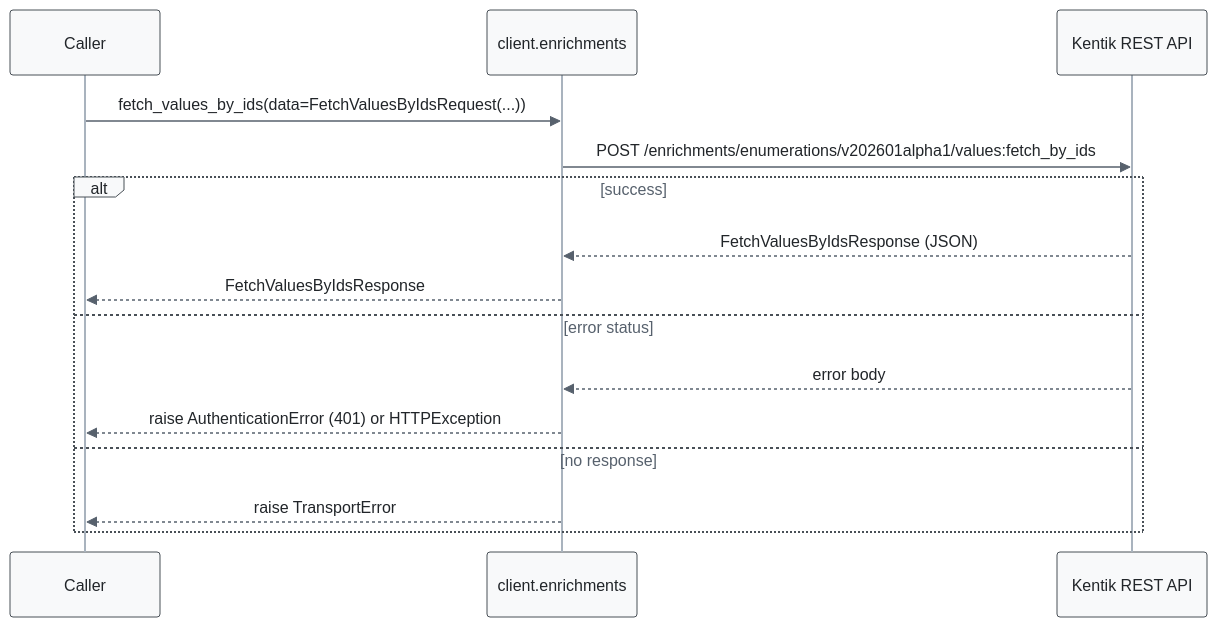
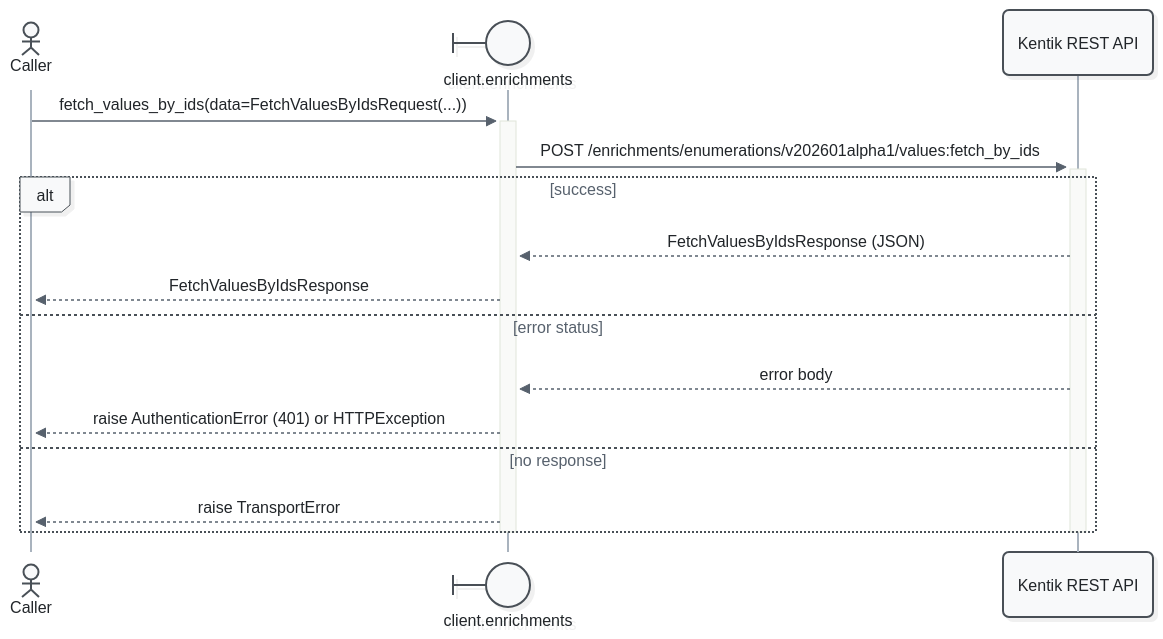
The first of 3 diagrams in docs/sphinx/services/enrichments.md (alexdearaujo/community_sdk_python), drawn with Mermaid before and after one commit. The commit also changed other lines of this file and 52 other files, not shown here.

First line of the commit message:
docs: Mermaid 12 sequence diagrams with participant types and path colors

````diff
--- a/docs/sphinx/services/enrichments.md
+++ b/docs/sphinx/services/enrichments.md
@@ -33,19 +33,21 @@
 ```mermaid
-%%{init: {"theme": "base", "fontFamily": "ui-monospace, SFMono-Regular, Menlo, monospace", "themeVariables": {"fontFamily": "ui-monospace, SFMono-Regular, Menlo, monospace", "primaryColor": "#f8f9fa", "primaryBorderColor": "#495057", "primaryTextColor": "#212529", "textColor": "#212529", "lineColor": "#77818c", "edgeLabelBackground": "#ffffff", "actorBkg": "#f8f9fa", "actorBorder": "#495057", "actorTextColor": "#212529", "actorLineColor": "#a9b3be", "signalColor": "#57616d", "signalTextColor": "#212529", "labelBoxBkgColor": "#f8f9fa", "labelBoxBorderColor": "#495057", "labelTextColor": "#212529", "loopTextColor": "#57616d", "noteBkgColor": "#fff9db", "noteBorderColor": "#f08c00", "noteTextColor": "#a35a00"}, "flowchart": {"curve": "step", "nodeSpacing": 30, "rankSpacing": 70, "wrappingWidth": 400}}}%%
+%%{init: {"theme": "redux", "look": "neo", "layout": "dagre", "fontFamily": "ui-monospace, SFMono-Regular, Menlo, monospace", "themeVariables": {"fontFamily": "ui-monospace, SFMono-Regular, Menlo, monospace", "primaryColor": "#f8f9fa", "primaryBorderColor": "#495057", "primaryTextColor": "#212529", "textColor": "#212529", "lineColor": "#77818c", "edgeLabelBackground": "#ffffff", "actorBkg": "#f8f9fa", "actorBorder": "#495057", "actorTextColor": "#212529", "actorLineColor": "#a9b3be", "signalColor": "#57616d", "signalTextColor": "#212529", "labelBoxBkgColor": "#f8f9fa", "labelBoxBorderColor": "#495057", "labelTextColor": "#212529", "loopTextColor": "#57616d", "noteBkgColor": "#fff9db", "noteBorderColor": "#f08c00", "noteTextColor": "#a35a00"}, "sequence": {"activationWidth": 16}, "flowchart": {"curve": "step", "nodeSpacing": 30, "rankSpacing": 70, "wrappingWidth": 400}}}%%
 sequenceDiagram
-    participant C as Caller
-    participant W as client.enrichments
+    actor C as Caller
+    participant W@{ "type": "boundary" } as client.enrichments
     participant API as Kentik REST API
 
-    C->>W: fetch_values_by_ids(data=FetchValuesByIdsRequest(...))
-    W->>API: POST /enrichments/enumerations/v202601alpha1/values:fetch_by_ids
+    C->>+W: fetch_values_by_ids(data=FetchValuesByIdsRequest(...))
+    W->>+API: POST /enrichments/enumerations/v202601alpha1/values:fetch_by_ids
     alt success
         API-->>W: FetchValuesByIdsResponse (JSON)
         W-->>C: FetchValuesByIdsResponse
     else error status
         API-->>W: error body
         W-->>C: raise AuthenticationError (401) or HTTPException
     else no response
         W-->>C: raise TransportError
     end
+    deactivate API
+    deactivate W
 ```
````
